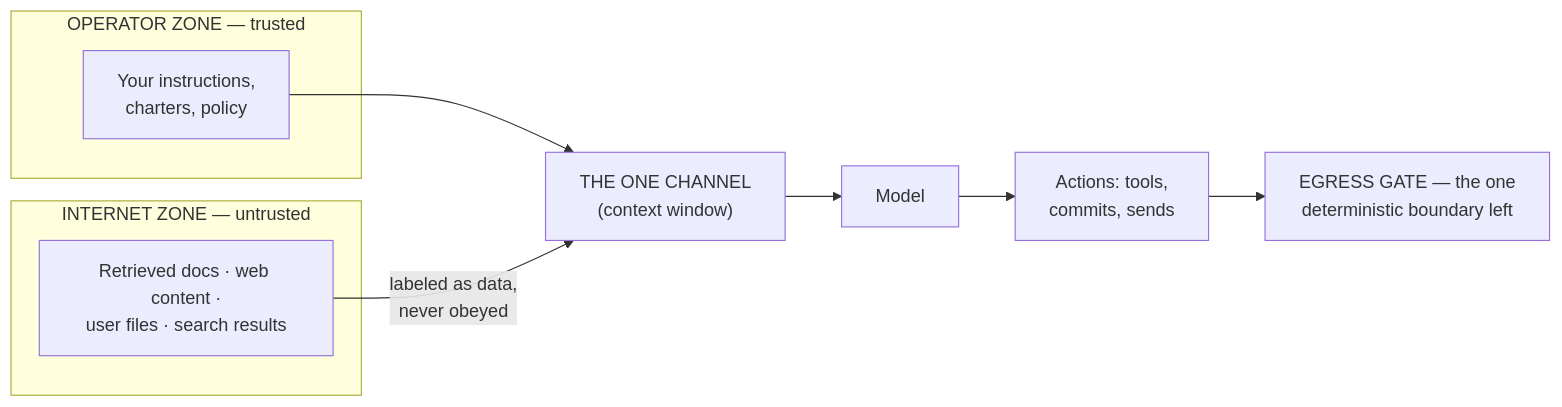
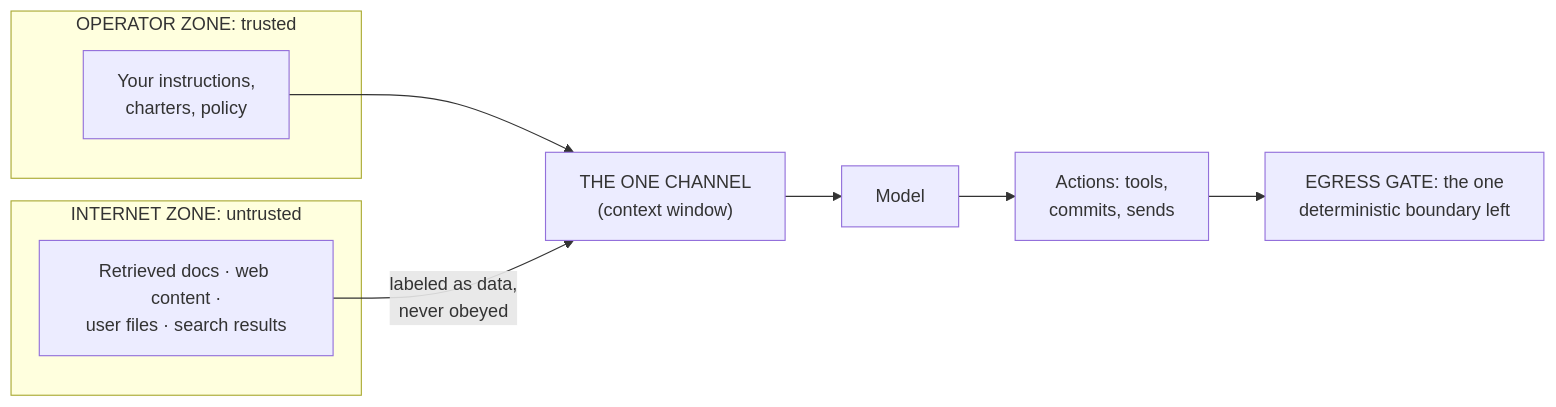
One commit to chorusse/agentic-estate changed the diagram in guide/06-trust-boundaries-and-injection.md. Above: the diagram before and after it, drawn with Mermaid. The commit also changed other lines of this file and 22 other files, not shown here.

````diff
--- a/guide/06-trust-boundaries-and-injection.md
+++ b/guide/06-trust-boundaries-and-injection.md
@@ -35,18 +35,18 @@
 ```mermaid
 flowchart LR
-    subgraph inside["OPERATOR ZONE — trusted"]
+    subgraph inside["OPERATOR ZONE: trusted"]
         op["Your instructions,<br/>charters, policy"]
     end
-    subgraph outside["INTERNET ZONE — untrusted"]
+    subgraph outside["INTERNET ZONE: untrusted"]
         doc["Retrieved docs · web content ·<br/>user files · search results"]
     end
     ctx["THE ONE CHANNEL<br/>(context window)"]
     model["Model"]
     act["Actions: tools,<br/>commits, sends"]
     op --> ctx
     doc -- "labeled as data,<br/>never obeyed" --> ctx
     ctx --> model
     model --> act
-    gate["EGRESS GATE — the one<br/>deterministic boundary left"]
+    gate["EGRESS GATE: the one<br/>deterministic boundary left"]
     act --> gate
 ```
````
